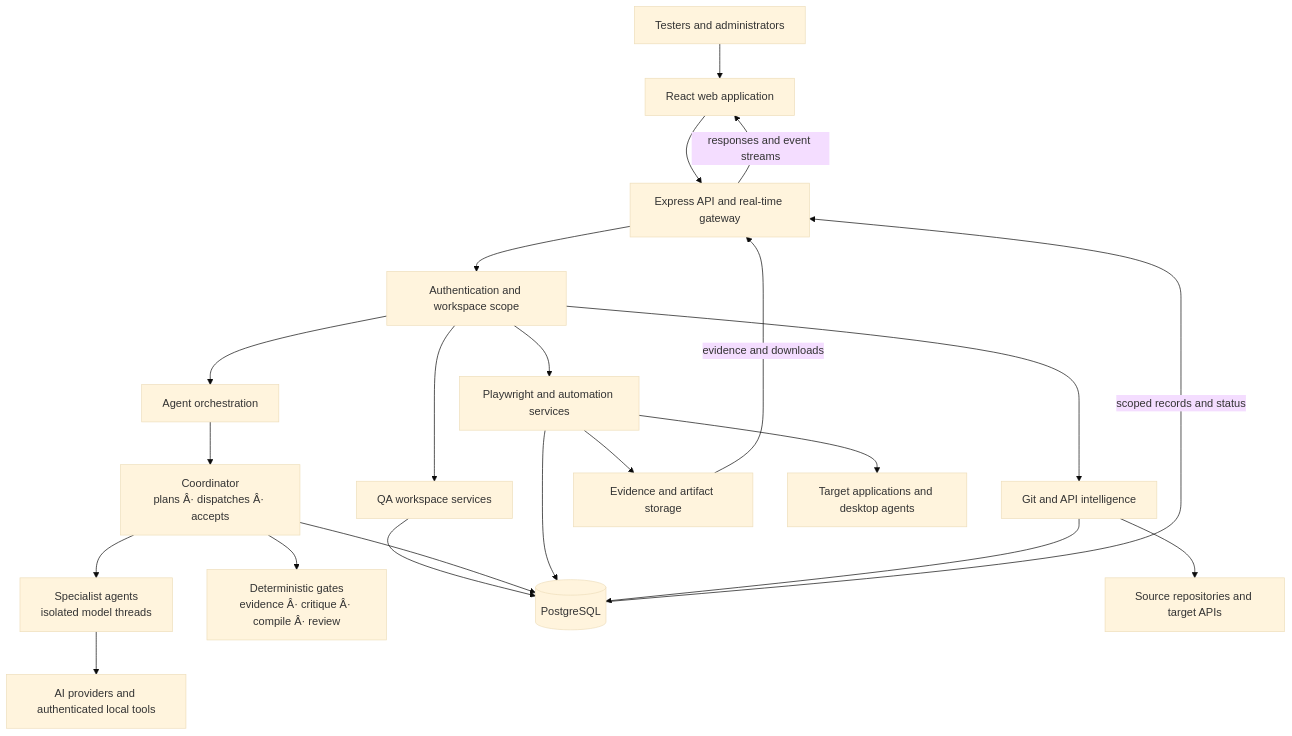
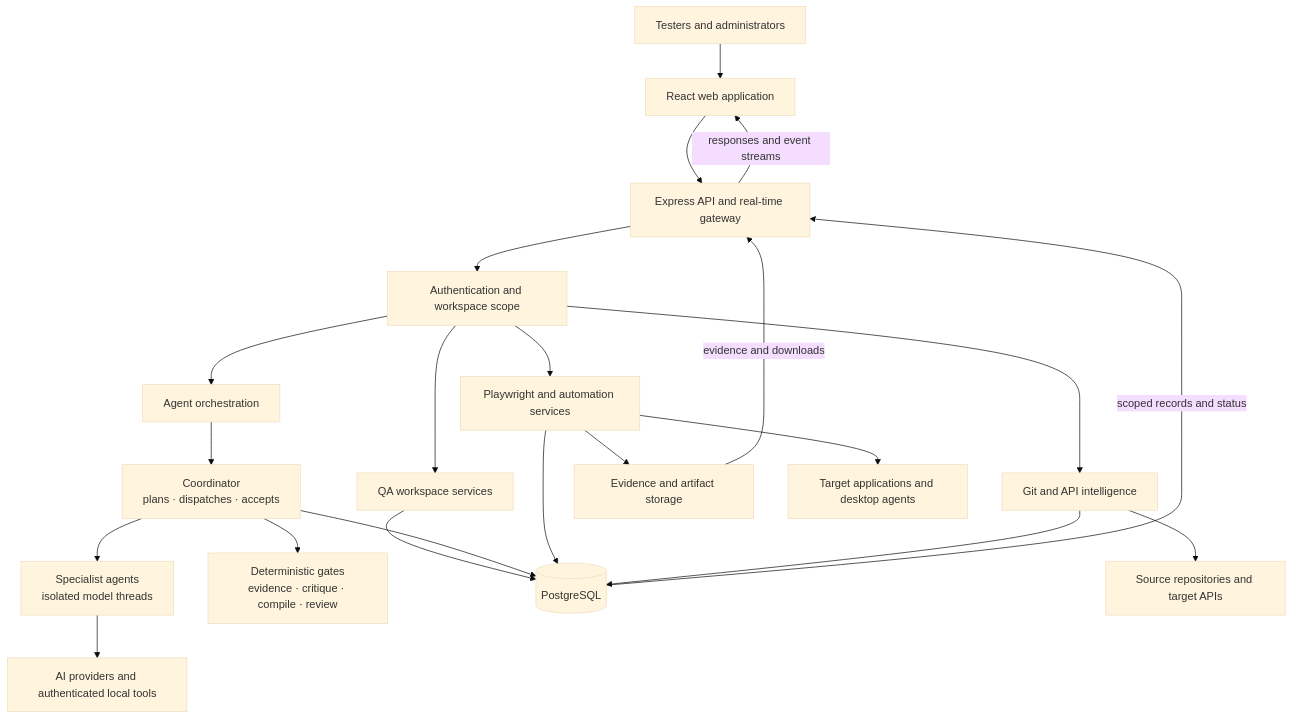
The second of 6 diagrams in docs/application-guide.md (srinivasravula18/core-platform-automation), drawn with Mermaid (base theme) before and after one commit. The commit also changed other lines of this file, not shown here.

````diff
--- a/docs/application-guide.md
+++ b/docs/application-guide.md
@@ -215,29 +215,29 @@
 ```mermaid
 flowchart TB
     People["Testers and administrators"] --> Web["React web application"]
     Web --> API["Express API and real-time gateway"]
 
     API --> Scope["Authentication and workspace scope"]
     Scope --> QA["QA workspace services"]
     Scope --> Orch["Agent orchestration"]
     Scope --> Exec["Playwright and automation services"]
     Scope --> Source["Git and API intelligence"]
 
-    Orch --> Coord["Coordinator<br/>plans Â· dispatches Â· accepts"]
+    Orch --> Coord["Coordinator<br/>plans · dispatches · accepts"]
     Coord --> Specialists["Specialist agents<br/>isolated model threads"]
-    Coord --> Gates["Deterministic gates<br/>evidence Â· critique Â· compile Â· review"]
+    Coord --> Gates["Deterministic gates<br/>evidence · critique · compile · review"]
     Specialists --> Providers["AI providers and authenticated local tools"]
 
     QA --> DB[("PostgreSQL")]
     Coord --> DB
     Exec --> DB
     Source --> DB
 
     Exec --> Files["Evidence and artifact storage"]
     Source --> Repos["Source repositories and target APIs"]
     Exec --> Apps["Target applications and desktop agents"]
 
     DB -- "scoped records and status" --> API
     Files -- "evidence and downloads" --> API
     API -- "responses and event streams" --> Web
 ```
````
